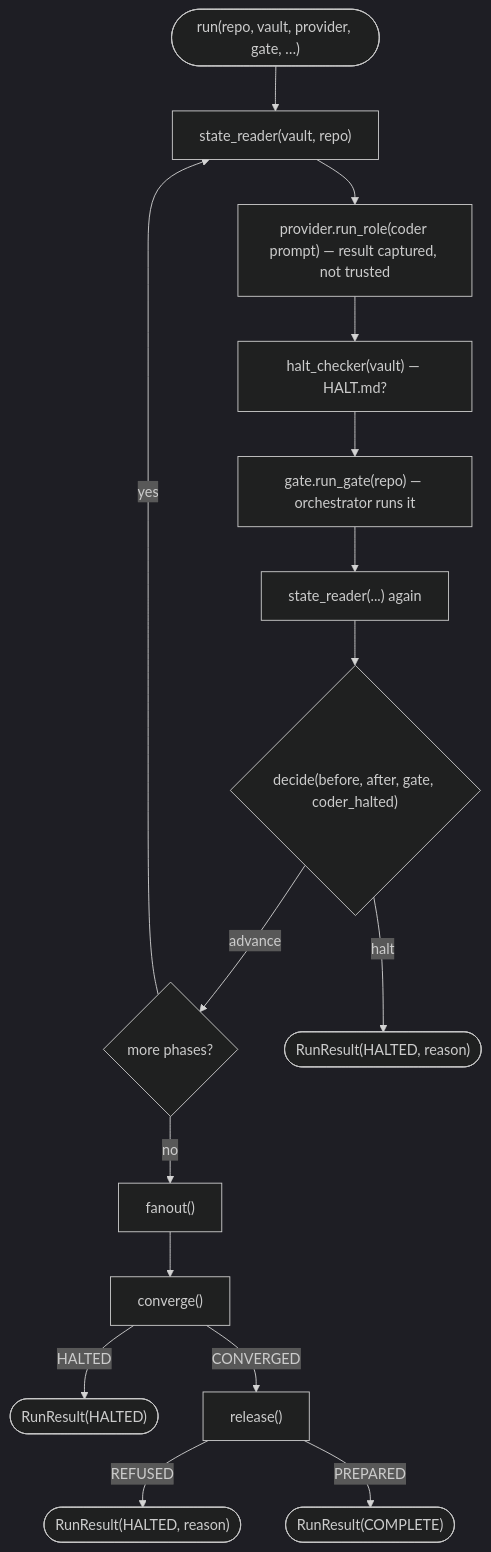
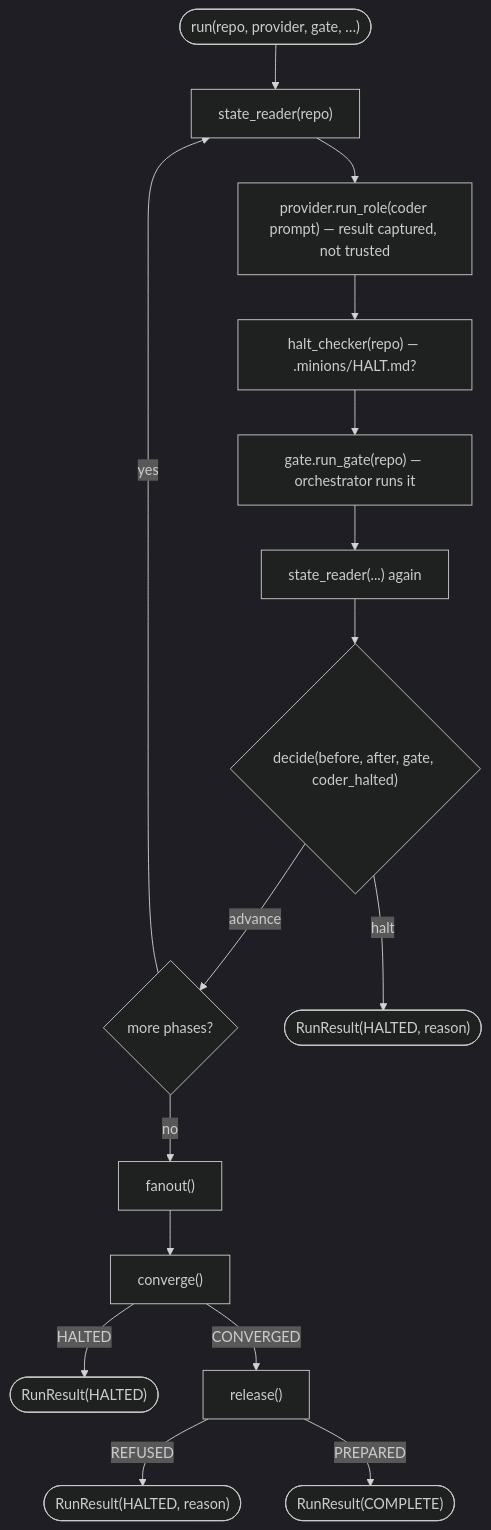
One commit to alxb1t/minionsfactory changed the diagram in docs/modules/driver.md. Above: the diagram before and after it, drawn with Mermaid (dark theme). The commit also changed other lines of this file and 14 other files, not shown here.

````diff
--- a/docs/modules/driver.md
+++ b/docs/modules/driver.md
@@ -32,17 +32,17 @@
 ```mermaid
 flowchart TD
-    start(["run(repo, vault, provider, gate, …)"]) --> read["state_reader(vault, repo)"]
+    start(["run(repo, provider, gate, …)"]) --> read["state_reader(repo)"]
     read --> spawn["provider.run_role(coder prompt) — result captured, not trusted"]
-    spawn --> halt?["halt_checker(vault) — HALT.md?"]
+    spawn --> halt?["halt_checker(repo) — .minions/HALT.md?"]
     halt? --> gate["gate.run_gate(repo) — orchestrator runs it"]
     gate --> reread["state_reader(...) again"]
     reread --> decide{"decide(before, after, gate, coder_halted)"}
     decide -- advance --> more{"more phases?"}
     more -- yes --> read
     more -- no --> fo["fanout()"] --> conv["converge()"]
     conv -- HALTED --> haltc(["RunResult(HALTED)"])
     conv -- CONVERGED --> rel["release()"]
     rel -- REFUSED --> haltr(["RunResult(HALTED, reason)"])
     rel -- PREPARED --> done(["RunResult(COMPLETE)"])
     decide -- halt --> halt(["RunResult(HALTED, reason)"])
 ```
````
